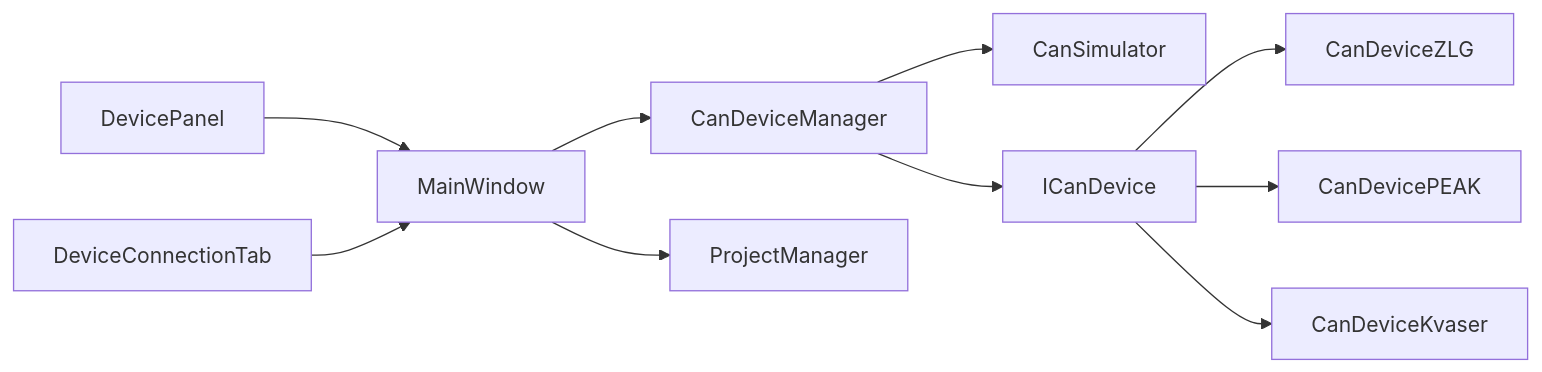
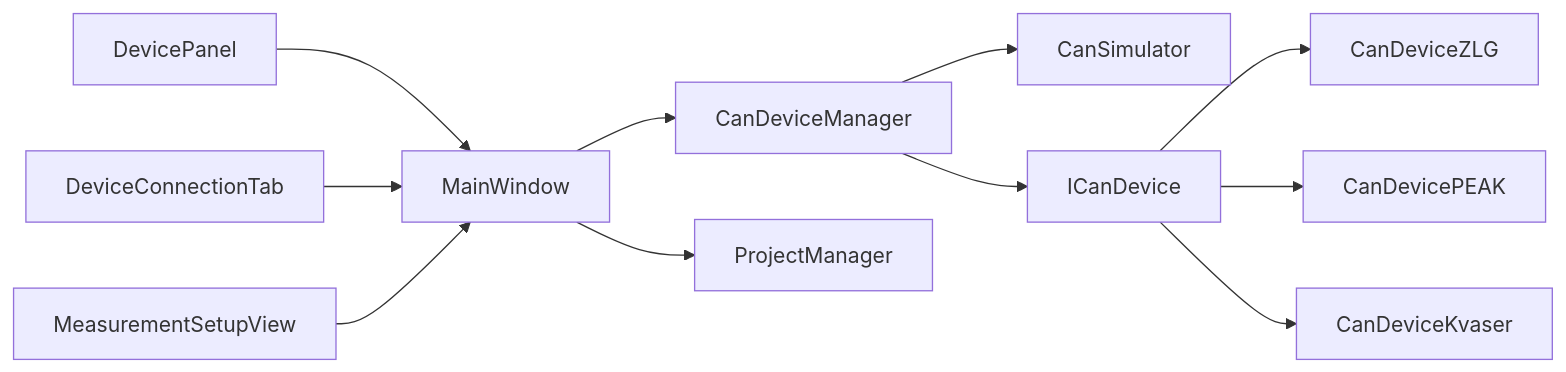
The fifth of 5 diagrams in .qoder/repowiki/zh/content/架构设计/UI系统设计/设备连接界面.md (jakecai1225-design/OpenBus), drawn with Mermaid before and after one commit. The commit also changed other lines of this file and 27 other files, not shown here.

````diff
--- a/.qoder/repowiki/zh/content/架构设计/UI系统设计/设备连接界面.md
+++ b/.qoder/repowiki/zh/content/架构设计/UI系统设计/设备连接界面.md
@@ -366,12 +356,13 @@
 ```mermaid
 graph LR
 DP["DevicePanel"] --> MW["MainWindow"]
 DCT["DeviceConnectionTab"] --> MW
+MSV["MeasurementSetupView"] --> MW
 MW --> CDM["CanDeviceManager"]
 MW --> PM["ProjectManager"]
 CDM --> SIM["CanSimulator"]
 CDM --> IFACE["ICanDevice"]
 IFACE --> ZLG["CanDeviceZLG"]
 IFACE --> PEAK["CanDevicePEAK"]
 IFACE --> KVASER["CanDeviceKvaser"]
 ```
````
